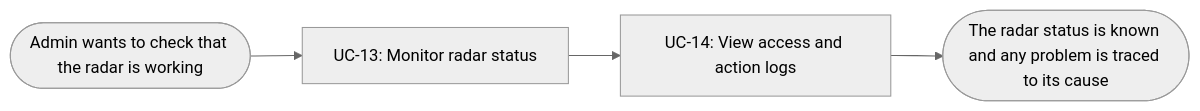
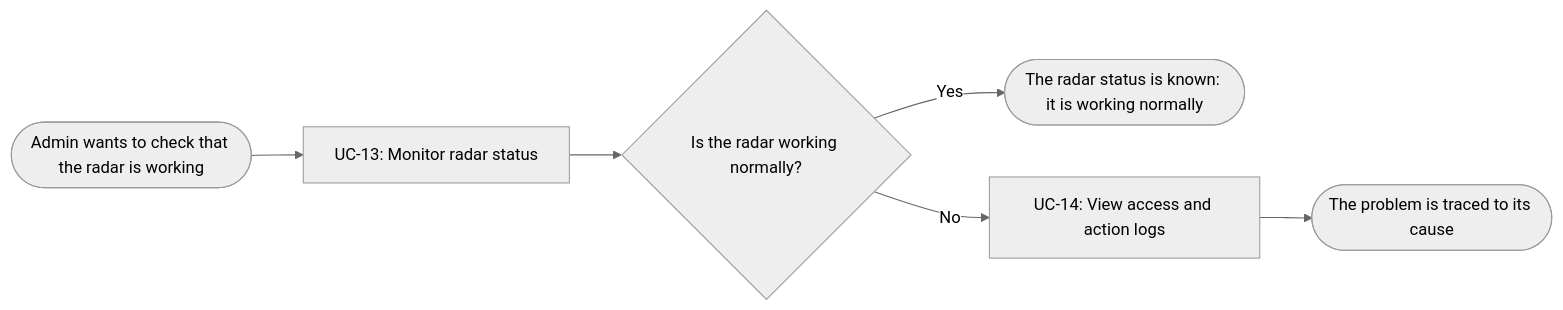
One commit to hatrang191/groupE-nursinghome changed the ninth of 9 diagrams in docs/external-design/usage-flow.md. Above: the diagram before and after it, drawn with Mermaid (neutral theme). The commit also changed other lines of this file, not shown here.

First line of the commit message:
Revise usage flow and use case details

````diff
--- a/docs/external-design/usage-flow.md
+++ b/docs/external-design/usage-flow.md
@@ -127,6 +146,8 @@
 ```mermaid
 flowchart LR
   A(["Admin wants to check that the radar is working"]) --> U1["UC-13: Monitor radar status"]
-  U1 --> U2["UC-14: View access and action logs"]
-  U2 --> Z(["The radar status is known and any problem is traced to its cause"])
+  U1 --> D{"Is the radar working normally?"}
+  D -- Yes --> Z1(["The radar status is known: it is working normally"])
+  D -- No --> U2["UC-14: View access and action logs"]
+  U2 --> Z2(["The problem is traced to its cause"])
 ```
````
